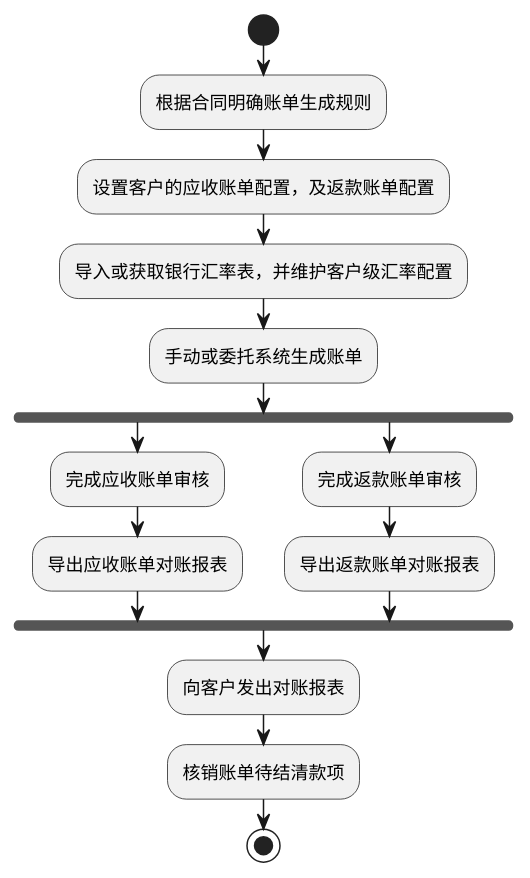
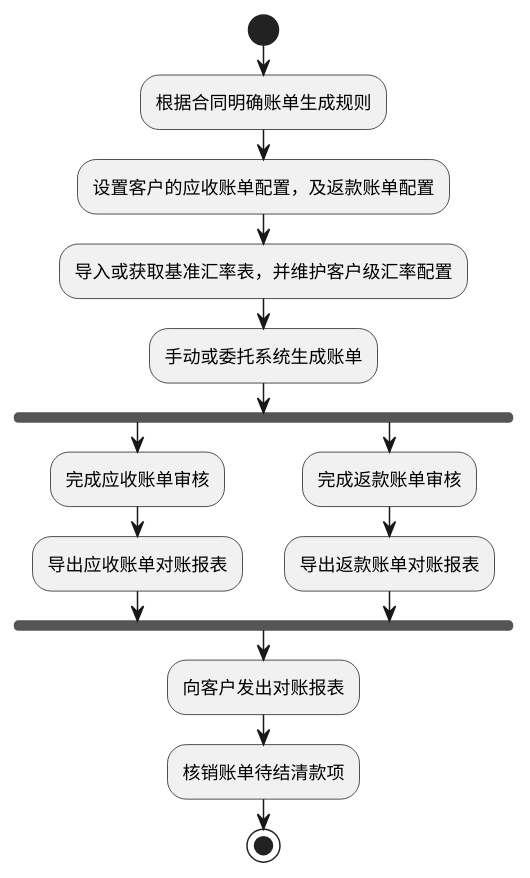
One commit to jack888332/projects-doc changed the first of 12 diagrams in product-caliber/bms/prd/财务系统.PRD.md. Above: the diagram before and after it, drawn with PlantUML. The commit also changed other lines of this file and 2 other files, not shown here.

````diff
--- a/product-caliber/bms/prd/财务系统.PRD.md
+++ b/product-caliber/bms/prd/财务系统.PRD.md
@@ -152,19 +152,19 @@
 ```plantuml
 @startuml
 start
 :根据合同明确账单生成规则;
 :设置客户的应收账单配置，及返款账单配置;
-:导入或获取银行汇率表，并维护客户级汇率配置;
+:导入或获取基准汇率表，并维护客户级汇率配置;
 :手动或委托系统生成账单;
 fork
   :完成应收账单审核;
   :导出应收账单对账报表;
 fork again
   :完成返款账单审核;
   :导出返款账单对账报表;
 end fork
 :向客户发出对账报表;
 :核销账单待结清款项;
 stop
 @enduml
 ```
````
